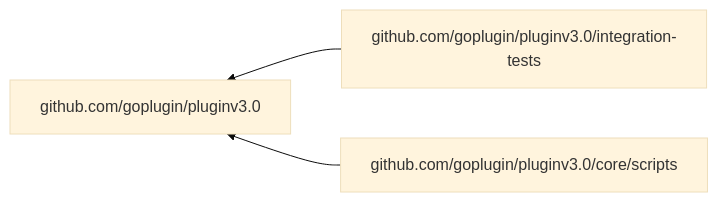
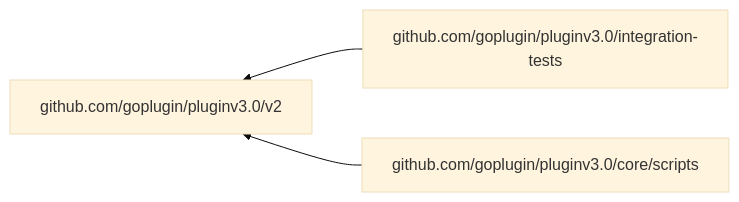
The diagram in README.md (raghu0891/plugin-sandbox), drawn with Mermaid (base theme) before and after one commit. The commit also changed 734 other files, not shown here.

````diff
--- a/README.md
+++ b/README.md
@@ -256,7 +256,7 @@
 ```mermaid
 flowchart RL
-    github.com/goplugin/pluginv3.0
-    github.com/goplugin/pluginv3.0/integration-tests --> github.com/goplugin/pluginv3.0
-    github.com/goplugin/pluginv3.0/core/scripts --> github.com/goplugin/pluginv3.0
+    github.com/goplugin/pluginv3.0/v2
+    github.com/goplugin/pluginv3.0/integration-tests --> github.com/goplugin/pluginv3.0/v2
+    github.com/goplugin/pluginv3.0/core/scripts --> github.com/goplugin/pluginv3.0/v2
 
 ```
````
